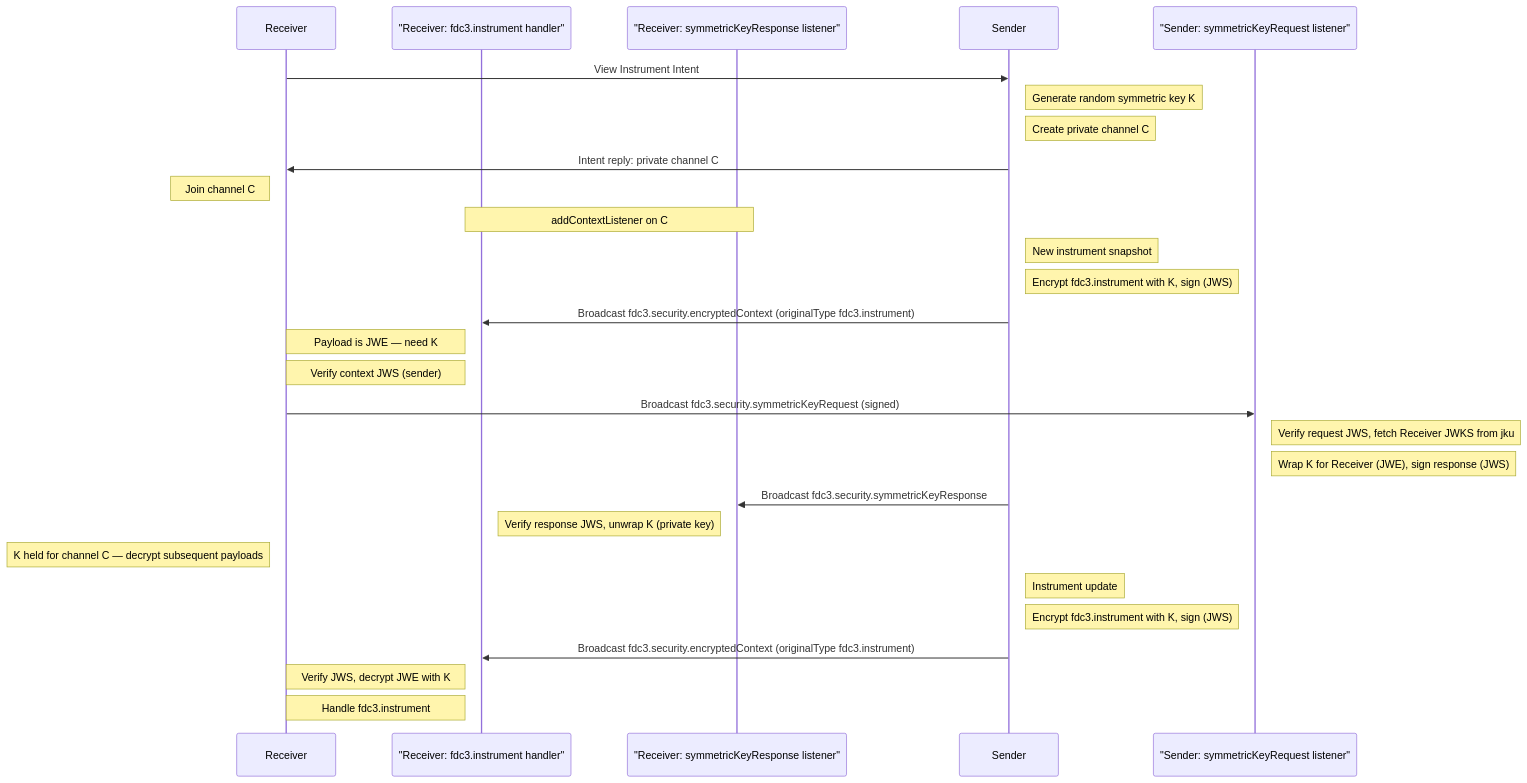
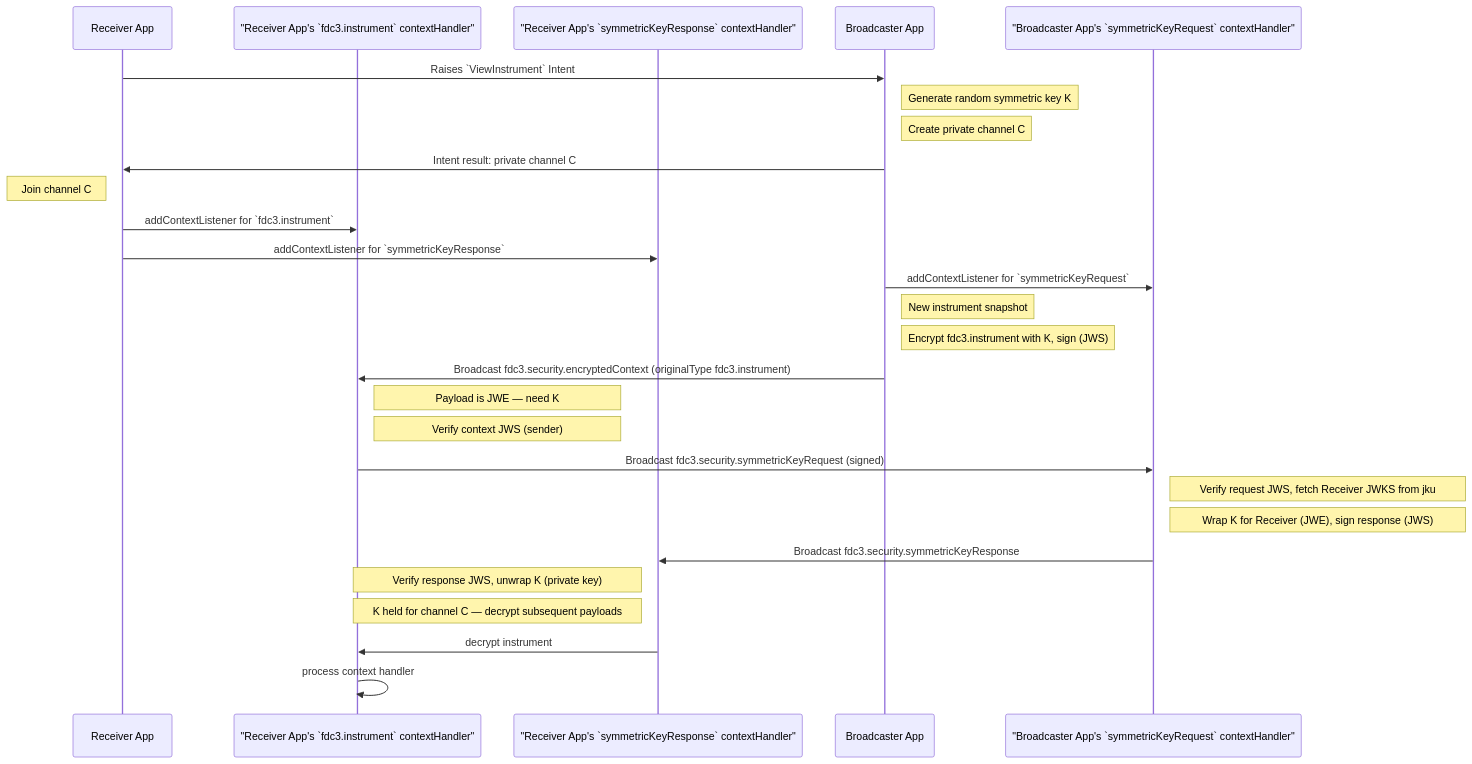
One commit to finos/FDC3 changed the third of 4 diagrams in website/docs/api/security.md. Above: the diagram before and after it, drawn with Mermaid.

Commit message:
Refine sequence diagram in security documentation for clarity and accuracy

````diff
--- a/website/docs/api/security.md
+++ b/website/docs/api/security.md
@@ -299,30 +299,29 @@
 ```mermaid
 sequenceDiagram
-    participant Rx as Receiver
-    participant RxCtx as "Receiver: fdc3.instrument handler"
-    participant RxKey as "Receiver: symmetricKeyResponse listener"
-    participant Sx as Sender
-    participant SxReq as "Sender: symmetricKeyRequest listener"
-    Rx->>Sx: View Instrument Intent
+    participant Rx as Receiver App
+    participant RxCtx as "Receiver App's `fdc3.instrument` contextHandler"
+    participant RxKey as "Receiver App's `symmetricKeyResponse` contextHandler"
+    participant Sx as Broadcaster App
+    participant SxReq as "Broadcaster App's `symmetricKeyRequest` contextHandler"
+    Rx->>Sx: Raises `ViewInstrument` Intent
     note right of Sx: Generate random symmetric key K
     note right of Sx: Create private channel C
-    Sx->>Rx: Intent reply: private channel C
+    Sx->>Rx: Intent result: private channel C
     note left of Rx: Join channel C
-    note over RxCtx,RxKey: addContextListener on C
+    Rx->>RxCtx: addContextListener for `fdc3.instrument`
+    Rx->>RxKey: addContextListener for `symmetricKeyResponse`
+    Sx->>SxReq: addContextListener for `symmetricKeyRequest`
     note right of Sx: New instrument snapshot
     note right of Sx: Encrypt fdc3.instrument with K, sign (JWS)
     Sx->>RxCtx: Broadcast fdc3.security.encryptedContext (originalType fdc3.instrument)
-    note left of RxCtx: Payload is JWE — need K
-    note left of RxCtx: Verify context JWS (sender)
-    Rx->>SxReq: Broadcast fdc3.security.symmetricKeyRequest (signed)
+    note right of RxCtx: Payload is JWE — need K
+    note right of RxCtx: Verify context JWS (sender)
+    RxCtx->>SxReq: Broadcast fdc3.security.symmetricKeyRequest (signed)
     note right of SxReq: Verify request JWS, fetch Receiver JWKS from jku
     note right of SxReq: Wrap K for Receiver (JWE), sign response (JWS)
-    Sx->>RxKey: Broadcast fdc3.security.symmetricKeyResponse
+    SxReq->>RxKey: Broadcast fdc3.security.symmetricKeyResponse
     note left of RxKey: Verify response JWS, unwrap K (private key)
-    note left of Rx: K held for channel C — decrypt subsequent payloads
-    note right of Sx: Instrument update
-    note right of Sx: Encrypt fdc3.instrument with K, sign (JWS)
-    Sx->>RxCtx: Broadcast fdc3.security.encryptedContext (originalType fdc3.instrument)
-    note left of RxCtx: Verify JWS, decrypt JWE with K
-    note left of RxCtx: Handle fdc3.instrument
+    note left of RxKey: K held for channel C — decrypt subsequent payloads
+    RxKey->>RxCtx: decrypt instrument
+    RxCtx->>RxCtx: process context handler
 ```
````
